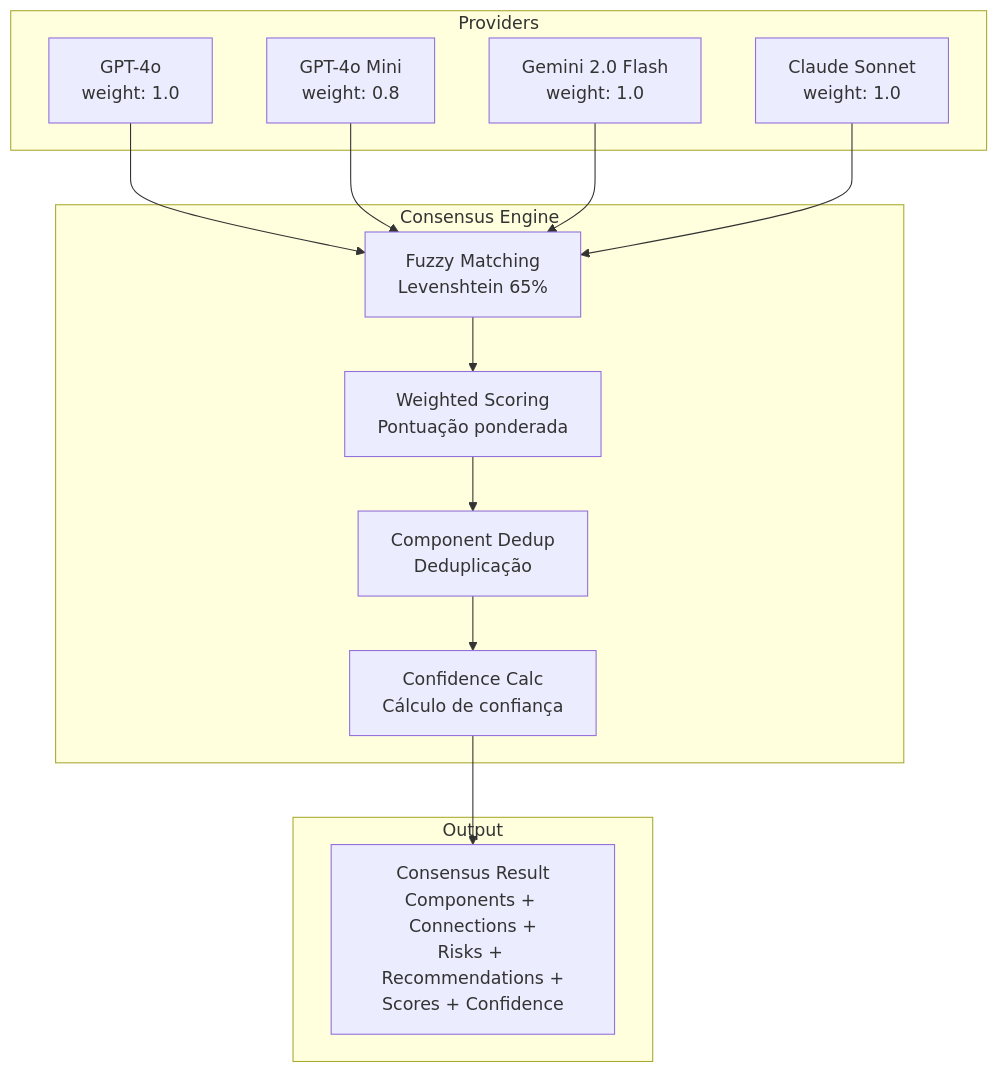
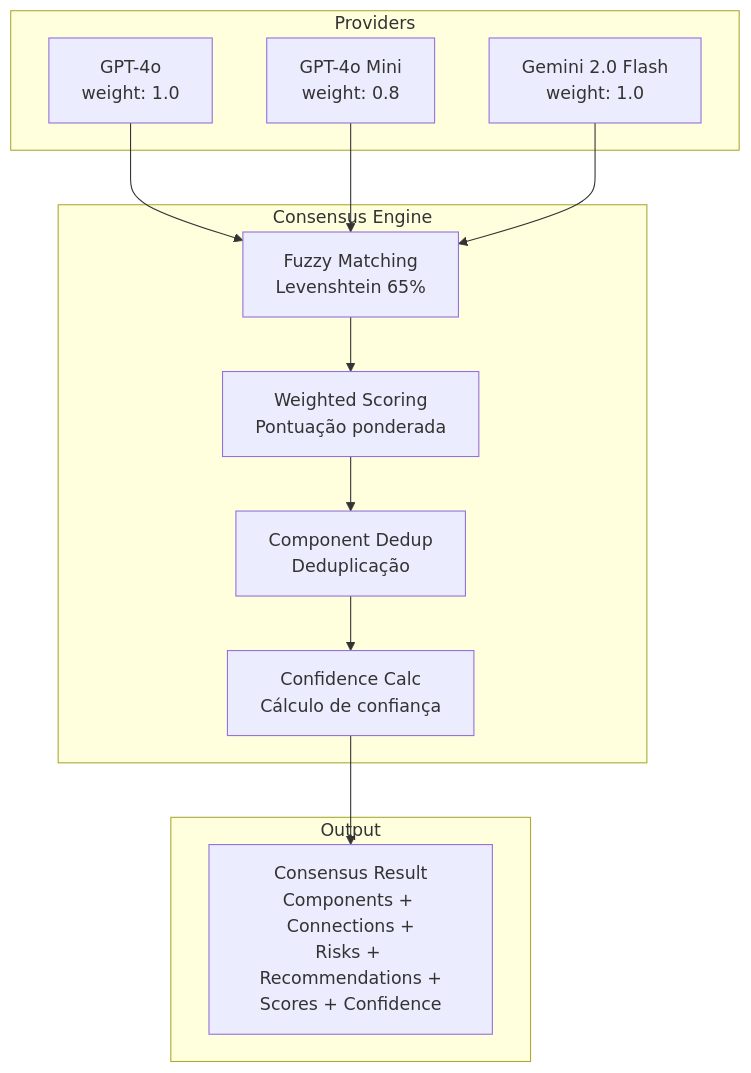
One commit to ArchLens-Fiap/archlens-ai-processing changed the fourth of 5 diagrams in README.md. Above: the diagram before and after it, drawn with Mermaid. The commit also changed other lines of this file, not shown here.

First line of the commit message:
docs: fix README issues (badges, mermaid, dark backgrounds, author line)

````diff
--- a/README.md
+++ b/README.md
@@ -270,30 +257,28 @@
 ```mermaid
 graph TB
     subgraph "Providers"
         P1[GPT-4o<br/>weight: 1.0]
         P2[GPT-4o Mini<br/>weight: 0.8]
         P3[Gemini 2.0 Flash<br/>weight: 1.0]
-        P4[Claude Sonnet<br/>weight: 1.0]
     end
 
     subgraph "Consensus Engine"
         FM[Fuzzy Matching<br/>Levenshtein 65%]
         WS[Weighted Scoring<br/>Pontuação ponderada]
         DD[Component Dedup<br/>Deduplicação]
         CC[Confidence Calc<br/>Cálculo de confiança]
     end
 
     subgraph "Output"
         R[Consensus Result<br/>Components + Connections +<br/>Risks + Recommendations +<br/>Scores + Confidence]
     end
 
     P1 --> FM
     P2 --> FM
     P3 --> FM
-    P4 --> FM
 
     FM --> WS
     WS --> DD
     DD --> CC
     CC --> R
 ```
````
